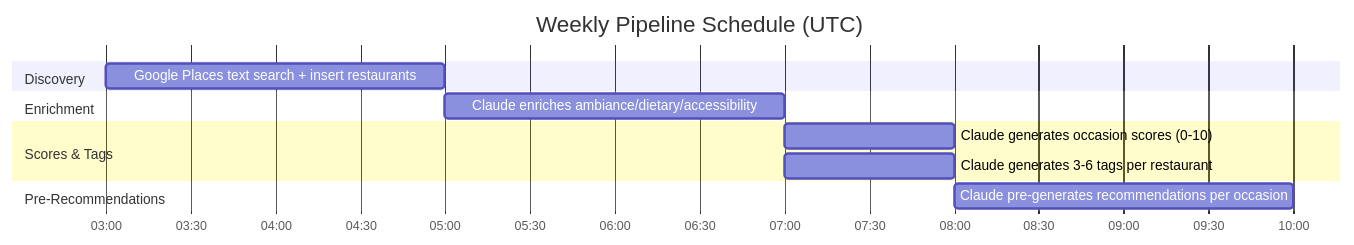
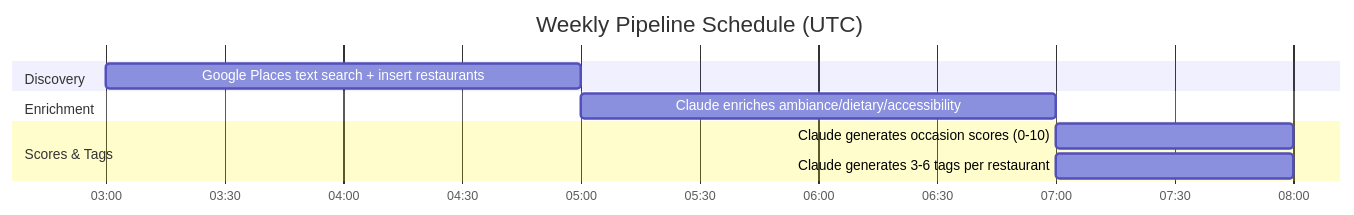
The third of 9 diagrams in docs/system-architecture.md (aacrit/dondeBackend), drawn with Mermaid before and after one commit. The commit also changed other lines of this file and 8 other files, not shown here.

First line of the commit message:
Remove pre-recommendations pipeline — all requests now use live Claude

````diff
--- a/docs/system-architecture.md
+++ b/docs/system-architecture.md
@@ -148,19 +96,16 @@
 ```mermaid
 gantt
     title Weekly Pipeline Schedule (UTC)
     dateFormat HH:mm
     axisFormat %H:%M
 
     section Discovery
     Google Places text search + insert restaurants :p1, 03:00, 2h
 
     section Enrichment
     Claude enriches ambiance/dietary/accessibility :p2, 05:00, 2h
 
     section Scores & Tags
     Claude generates occasion scores (0-10)      :p3, 07:00, 1h
     Claude generates 3-6 tags per restaurant      :p4, 07:00, 1h
-
-    section Pre-Recommendations
-    Claude pre-generates recommendations per occasion :p5, 08:00, 2h
 ```
````
